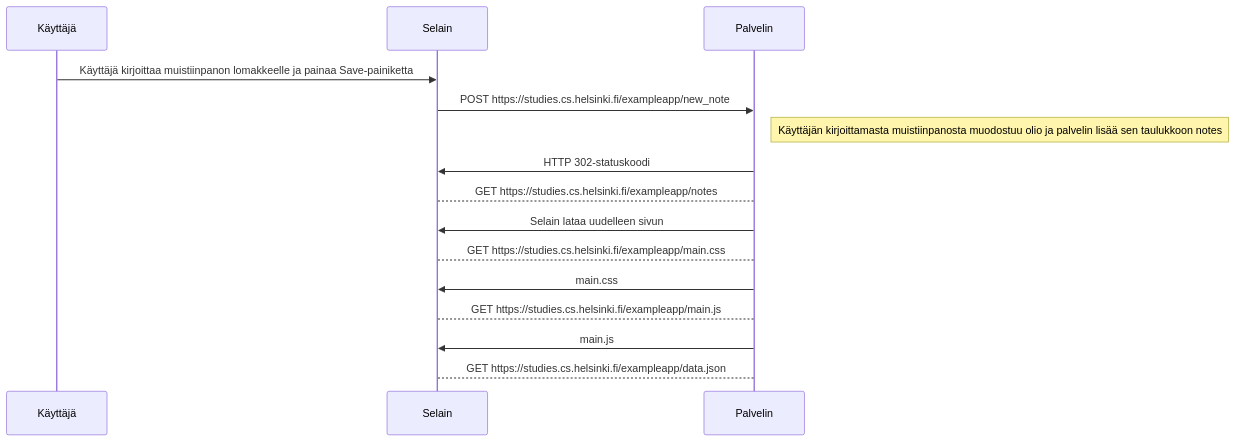
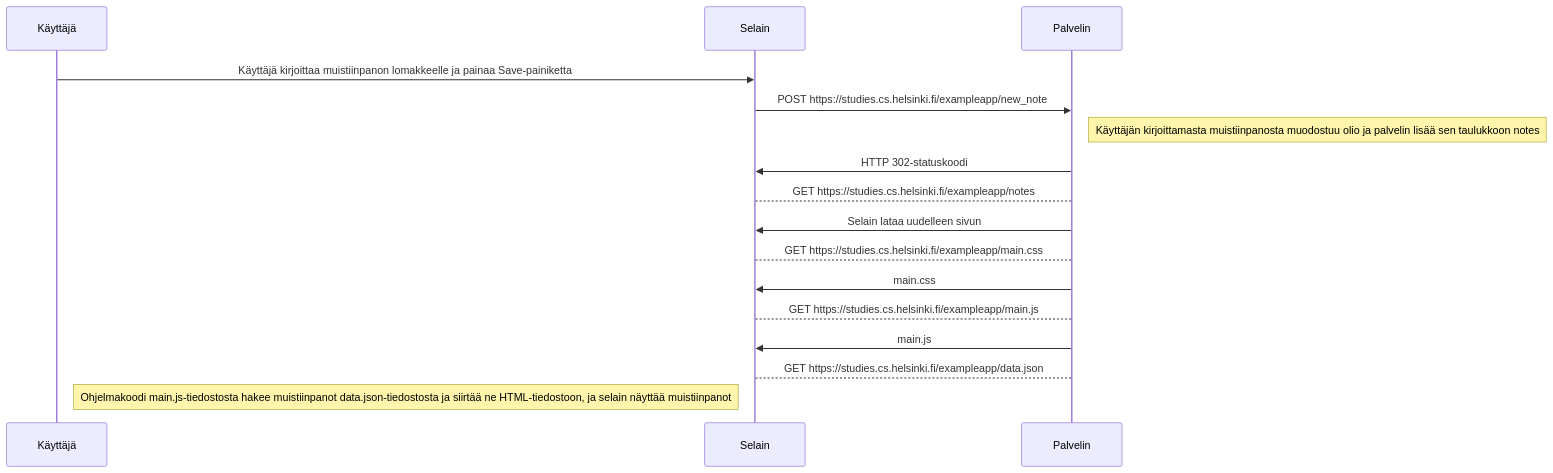
The diagram in osa0/README.md (juusorutanen/Full-Stack-Open-Course), drawn with Mermaid before and after one commit.

````diff
--- a/osa0/README.md
+++ b/osa0/README.md
@@ -6,24 +6,25 @@
 ```mermaid
 
 sequenceDiagram
     participant Käyttäjä
     participant Selain
     participant Palvelin
     Käyttäjä->>Selain: Käyttäjä kirjoittaa muistiinpanon lomakkeelle ja painaa Save-painiketta
     
     Selain->>Palvelin: POST https://studies.cs.helsinki.fi/exampleapp/new_note
     Note right of Palvelin: Käyttäjän kirjoittamasta muistiinpanosta muodostuu olio ja palvelin lisää sen taulukkoon notes
     Palvelin->>Selain: HTTP 302-statuskoodi
     Selain-->Palvelin: GET https://studies.cs.helsinki.fi/exampleapp/notes
     Palvelin->>Selain: Selain lataa uudelleen sivun
     Selain-->Palvelin: GET https://studies.cs.helsinki.fi/exampleapp/main.css
     Palvelin->>Selain: main.css
     Selain-->Palvelin: GET https://studies.cs.helsinki.fi/exampleapp/main.js
     Palvelin->>Selain: main.js
     Selain-->Palvelin: GET https://studies.cs.helsinki.fi/exampleapp/data.json
+    Note left of Selain: Ohjelmakoodi main.js-tiedostosta hakee muistiinpanot data.json-tiedostosta ja siirtää ne HTML-tiedostoon, ja selain näyttää muistiinpanot
     
 
 
    
     
 ```
````
